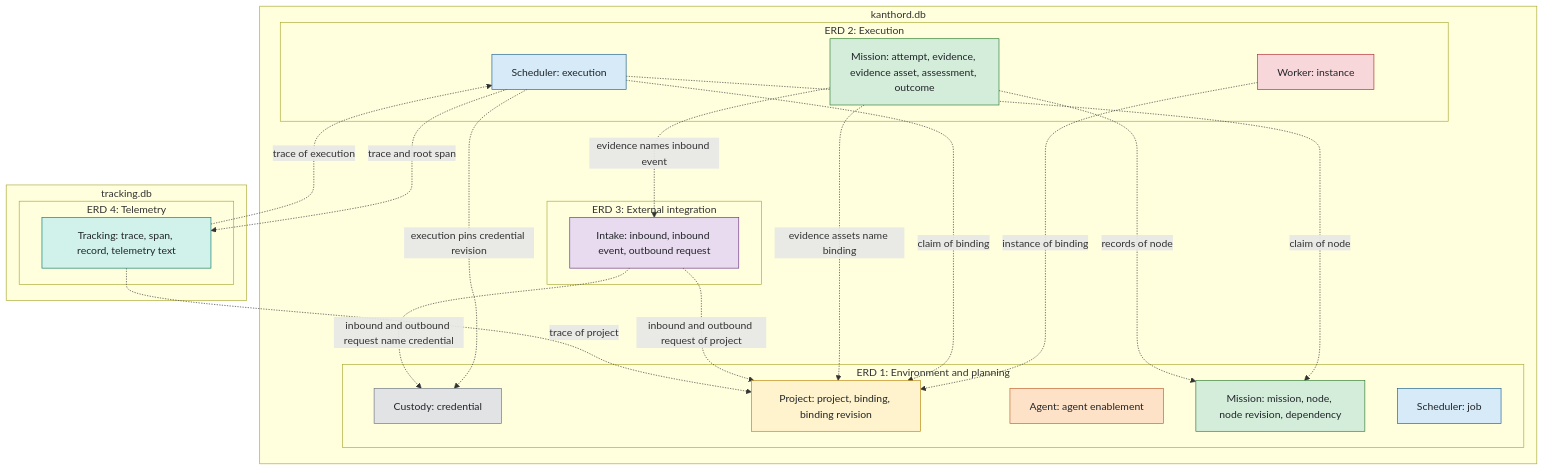
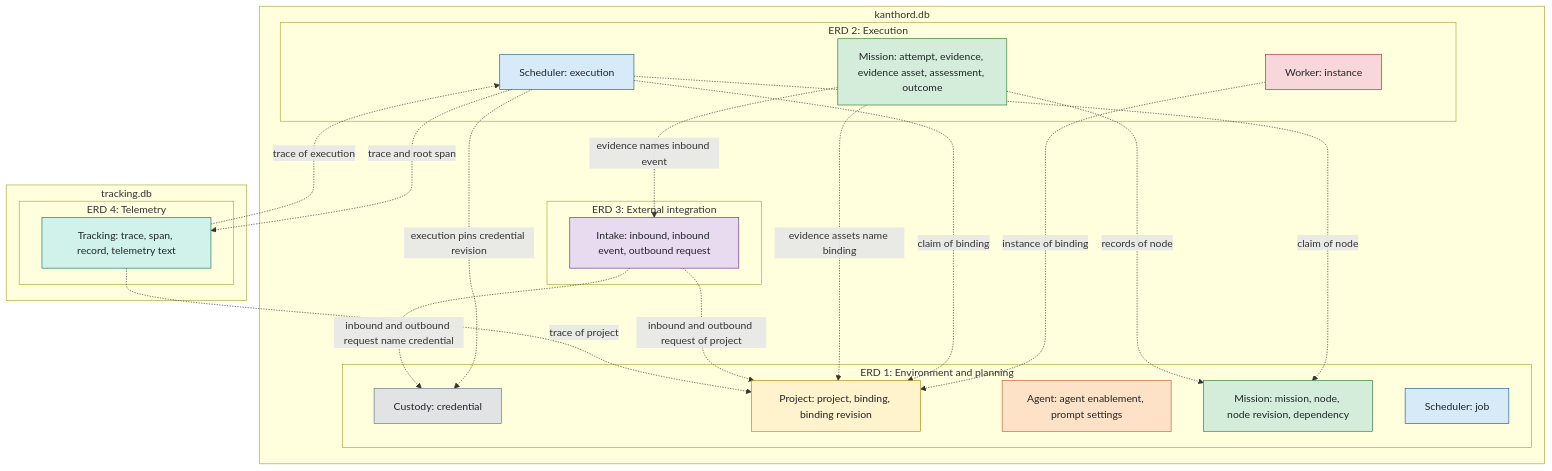
Before and after one commit to kanthorlabs/kanthord: the diagram in docs/reference/erd/README.md, drawn with Mermaid. The commit also changed other lines of this file and 2 other files, not shown here.

Commit message:
docs(erd): store the prompt settings of each scope in agent_prompt

````diff
--- a/docs/reference/erd/README.md
+++ b/docs/reference/erd/README.md
@@ -32,58 +32,58 @@
 ```mermaid
 flowchart TB
     subgraph db1["kanthord.db"]
         subgraph v1["ERD 1: Environment and planning"]
             c1["Custody: credential"]
             p1["Project: project, binding, binding revision"]
-            a1["Agent: agent enablement"]
+            a1["Agent: agent enablement, prompt settings"]
             m1["Mission: mission, node, node revision, dependency"]
             s1["Scheduler: job"]
         end
         subgraph v2["ERD 2: Execution"]
             w2["Worker: instance"]
             s2["Scheduler: execution"]
             m2["Mission: attempt, evidence, evidence asset, assessment, outcome"]
         end
         subgraph v3["ERD 3: External integration"]
             i3["Intake: inbound, inbound event, outbound request"]
         end
     end
     subgraph db2["tracking.db"]
         subgraph v4["ERD 4: Telemetry"]
             t4["Tracking: trace, span, record, telemetry text"]
         end
     end
 
     w2 -.->|instance of binding| p1
     s2 -.->|claim of node| m1
     s2 -.->|claim of binding| p1
     s2 -.->|execution pins credential revision| c1
     m2 -.->|records of node| m1
     m2 -.->|evidence assets name binding| p1
 
     i3 -.->|inbound and outbound request of project| p1
     i3 -.->|inbound and outbound request name credential| c1
     m2 -.->|evidence names inbound event| i3
 
     t4 -.->|trace of execution| s2
     s2 -.->|trace and root span| t4
     t4 -.->|trace of project| p1
 
     classDef custody fill:#e2e3e5,stroke:#6c757d,color:#212529
     classDef project fill:#fff3cd,stroke:#b8860b,color:#212529
     classDef worker fill:#f8d7da,stroke:#b02a37,color:#212529
     classDef agent fill:#fde2c8,stroke:#c0602b,color:#212529
     classDef mission fill:#d4edda,stroke:#2e7d32,color:#212529
     classDef scheduler fill:#d6eaf8,stroke:#1f618d,color:#212529
     classDef intake fill:#e8daef,stroke:#6c3483,color:#212529
     classDef tracking fill:#d1f2eb,stroke:#117a65,color:#212529
 
     class c1 custody
     class p1 project
     class w2 worker
     class a1 agent
     class m1,m2 mission
     class s1,s2 scheduler
     class i3 intake
     class t4 tracking
 ```
````
